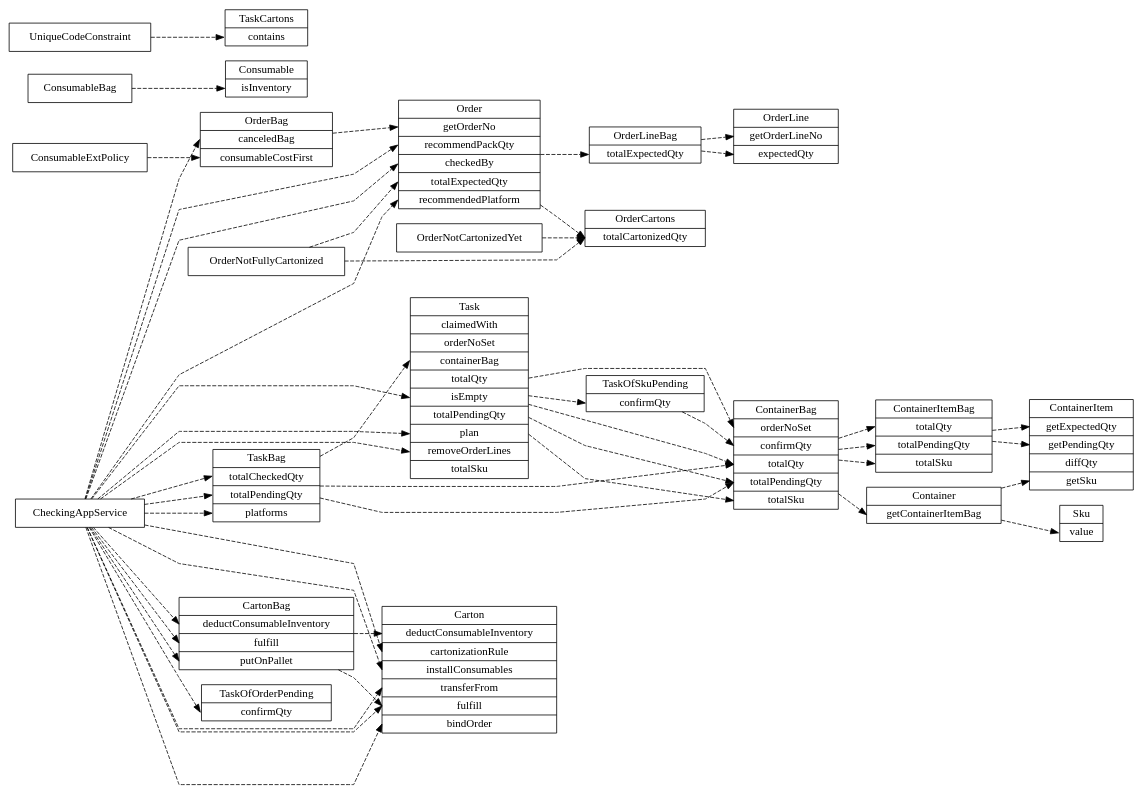
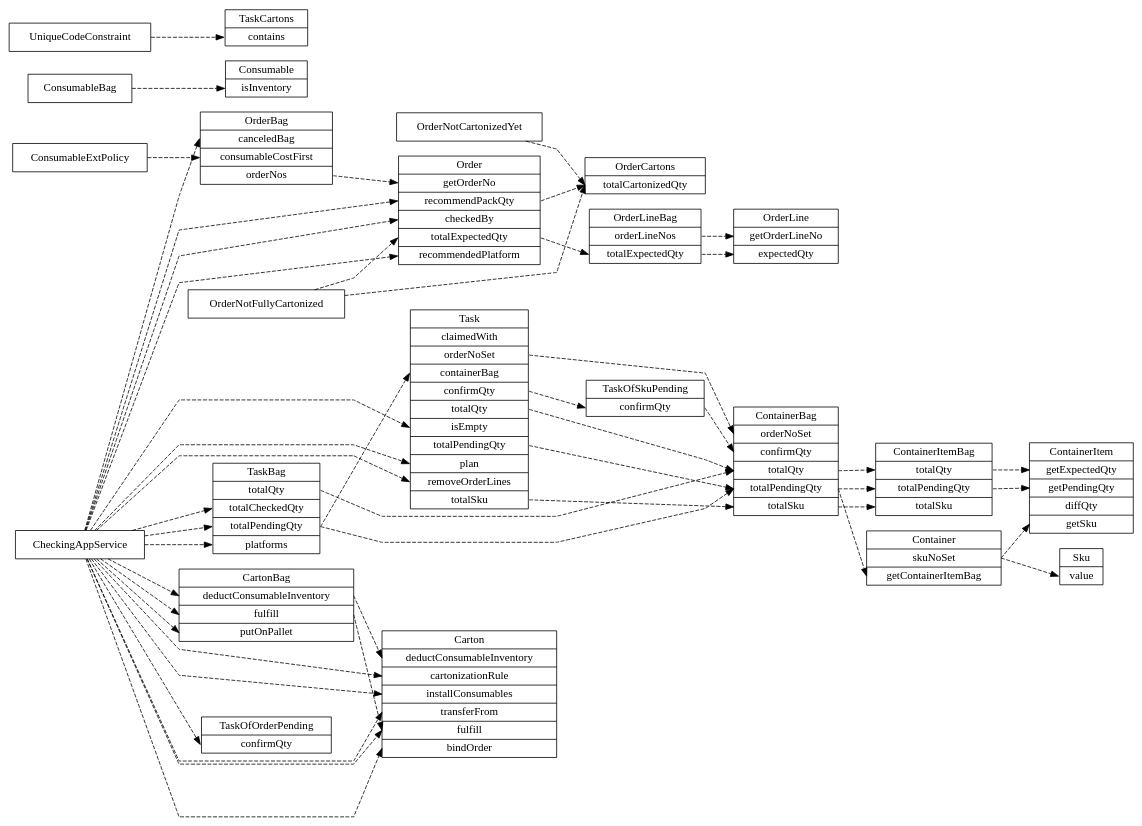
Before and after one commit to funkygao/cp-ddd-framework: the diagram in doc/callgraph.dot, drawn with Graphviz. The commit also changed 5 other files, not shown here.

Commit message:
release: call graph complete and exact click through

```diff
--- a/doc/callgraph.dot
+++ b/doc/callgraph.dot
@@ -1,76 +1,76 @@
 digraph G {
    labelloc = "t";
    rankdir=LR;
    splines = polyline;
    node [shape=record];
    edge [style = dashed, fontsize=10];
 
    Carton [label="<Carton> Carton|<deductConsumableInventory> deductConsumableInventory|<cartonizationRule> cartonizationRule|<installConsumables> installConsumables|<transferFrom> transferFrom|<fulfill> fulfill|<bindOrder> bindOrder"];
    CartonBag [label="<CartonBag> CartonBag|<deductConsumableInventory> deductConsumableInventory|<fulfill> fulfill|<putOnPallet> putOnPallet"];
    Consumable [label="<Consumable> Consumable|<isInventory> isInventory"];
-   Container [label="<Container> Container|<getContainerItemBag> getContainerItemBag"];
+   Container [label="<Container> Container|<skuNoSet> skuNoSet|<getContainerItemBag> getContainerItemBag"];
    ContainerBag [label="<ContainerBag> ContainerBag|<orderNoSet> orderNoSet|<confirmQty> confirmQty|<totalQty> totalQty|<totalPendingQty> totalPendingQty|<totalSku> totalSku"];
    ContainerItem [label="<ContainerItem> ContainerItem|<getExpectedQty> getExpectedQty|<getPendingQty> getPendingQty|<diffQty> diffQty|<getSku> getSku"];
    ContainerItemBag [label="<ContainerItemBag> ContainerItemBag|<totalQty> totalQty|<totalPendingQty> totalPendingQty|<totalSku> totalSku"];
    Order [label="<Order> Order|<getOrderNo> getOrderNo|<recommendPackQty> recommendPackQty|<checkedBy> checkedBy|<totalExpectedQty> totalExpectedQty|<recommendedPlatform> recommendedPlatform"];
-   OrderBag [label="<OrderBag> OrderBag|<canceledBag> canceledBag|<consumableCostFirst> consumableCostFirst"];
+   OrderBag [label="<OrderBag> OrderBag|<canceledBag> canceledBag|<consumableCostFirst> consumableCostFirst|<orderNos> orderNos"];
    OrderCartons [label="<OrderCartons> OrderCartons|<totalCartonizedQty> totalCartonizedQty"];
    OrderLine [label="<OrderLine> OrderLine|<getOrderLineNo> getOrderLineNo|<expectedQty> expectedQty"];
-   OrderLineBag [label="<OrderLineBag> OrderLineBag|<totalExpectedQty> totalExpectedQty"];
+   OrderLineBag [label="<OrderLineBag> OrderLineBag|<orderLineNos> orderLineNos|<totalExpectedQty> totalExpectedQty"];
    Sku [label="<Sku> Sku|<value> value"];
-   Task [label="<Task> Task|<claimedWith> claimedWith|<orderNoSet> orderNoSet|<containerBag> containerBag|<totalQty> totalQty|<isEmpty> isEmpty|<totalPendingQty> totalPendingQty|<plan> plan|<removeOrderLines> removeOrderLines|<totalSku> totalSku"];
-   TaskBag [label="<TaskBag> TaskBag|<totalCheckedQty> totalCheckedQty|<totalPendingQty> totalPendingQty|<platforms> platforms"];
+   Task [label="<Task> Task|<claimedWith> claimedWith|<orderNoSet> orderNoSet|<containerBag> containerBag|<confirmQty> confirmQty|<totalQty> totalQty|<isEmpty> isEmpty|<totalPendingQty> totalPendingQty|<plan> plan|<removeOrderLines> removeOrderLines|<totalSku> totalSku"];
+   TaskBag [label="<TaskBag> TaskBag|<totalQty> totalQty|<totalCheckedQty> totalCheckedQty|<totalPendingQty> totalPendingQty|<platforms> platforms"];
    TaskCartons [label="<TaskCartons> TaskCartons|<contains> contains"];
    TaskOfOrderPending [label="<TaskOfOrderPending> TaskOfOrderPending|<confirmQty> confirmQty"];
    TaskOfSkuPending [label="<TaskOfSkuPending> TaskOfSkuPending|<confirmQty> confirmQty"];
 
-   CartonBag -> Carton:deductConsumableInventory
-   CartonBag -> Carton:fulfill
+   CartonBag:deductConsumableInventory -> Carton:deductConsumableInventory
+   CartonBag:fulfill -> Carton:fulfill
    CheckingAppService -> TaskOfOrderPending:confirmQty
    CheckingAppService -> CartonBag:fulfill
    CheckingAppService -> CartonBag:putOnPallet
    CheckingAppService -> Order:checkedBy
    CheckingAppService -> CartonBag:deductConsumableInventory
    CheckingAppService -> Carton:cartonizationRule
    CheckingAppService -> Carton:bindOrder
    CheckingAppService -> Carton:transferFrom
    CheckingAppService -> OrderBag:canceledBag
    CheckingAppService -> Order:recommendPackQty
    CheckingAppService -> Carton:installConsumables
    CheckingAppService -> Carton:fulfill
    CheckingAppService -> Order:recommendedPlatform
    CheckingAppService -> TaskBag:platforms
    CheckingAppService -> TaskBag:totalCheckedQty
    CheckingAppService -> TaskBag:totalPendingQty
    CheckingAppService -> Task:removeOrderLines
    CheckingAppService -> Task:isEmpty
    CheckingAppService -> Task:plan
-   ConsumableBag -> Consumable:isInventory
+   ConsumableBag:inventoryControlBag -> Consumable:isInventory
    ConsumableExtPolicy -> OrderBag:consumableCostFirst
-   ContainerBag -> ContainerItemBag:totalPendingQty
-   ContainerBag -> Container:getContainerItemBag
-   ContainerBag -> ContainerItemBag:totalQty
-   ContainerBag -> ContainerItemBag:totalSku
-   ContainerItemBag -> ContainerItem:getPendingQty
-   ContainerItemBag -> ContainerItem:getExpectedQty
-   Container -> Sku:value
-   Container -> ContainerItem:getSku
-   OrderBag -> Order:getOrderNo
-   OrderLineBag -> OrderLine:getOrderLineNo
-   OrderLineBag -> OrderLine:expectedQty
+   ContainerBag:totalPendingQty -> ContainerItemBag:totalPendingQty
+   ContainerBag:totalPendingQty -> Container:getContainerItemBag
+   ContainerBag:totalQty -> ContainerItemBag:totalQty
+   ContainerBag:totalSku -> ContainerItemBag:totalSku
+   ContainerItemBag:totalPendingQty -> ContainerItem:getPendingQty
+   ContainerItemBag:totalQty -> ContainerItem:getExpectedQty
+   Container:skuNoSet -> Sku:value
+   Container:skuNoSet -> ContainerItem:getSku
+   OrderBag:orderNos -> Order:getOrderNo
+   OrderLineBag:orderLineNos -> OrderLine:getOrderLineNo
+   OrderLineBag:totalExpectedQty -> OrderLine:expectedQty
    OrderNotCartonizedYet -> OrderCartons:totalCartonizedQty
    OrderNotFullyCartonized -> Order:totalExpectedQty
    OrderNotFullyCartonized -> OrderCartons:totalCartonizedQty
-   Order -> OrderCartons:totalCartonizedQty
-   Order -> OrderLineBag:totalExpectedQty
-   TaskBag -> ContainerBag:totalPendingQty
-   TaskBag -> Task:containerBag
-   TaskBag -> ContainerBag:totalQty
-   TaskOfSkuPending -> ContainerBag:confirmQty
-   Task -> TaskOfSkuPending:confirmQty
-   Task -> ContainerBag:orderNoSet
-   Task -> ContainerBag:totalPendingQty
-   Task -> ContainerBag:totalQty
-   Task -> ContainerBag:totalSku
+   Order:recommendPackQty -> OrderCartons:totalCartonizedQty
+   Order:totalExpectedQty -> OrderLineBag:totalExpectedQty
+   TaskBag:totalPendingQty -> ContainerBag:totalPendingQty
+   TaskBag:totalPendingQty -> Task:containerBag
+   TaskBag:totalQty -> ContainerBag:totalQty
+   TaskOfSkuPending:confirmQty -> ContainerBag:confirmQty
+   Task:confirmQty -> TaskOfSkuPending:confirmQty
+   Task:orderNoSet -> ContainerBag:orderNoSet
+   Task:totalPendingQty -> ContainerBag:totalPendingQty
+   Task:totalQty -> ContainerBag:totalQty
+   Task:totalSku -> ContainerBag:totalSku
    UniqueCodeConstraint -> TaskCartons:contains
 }
```
